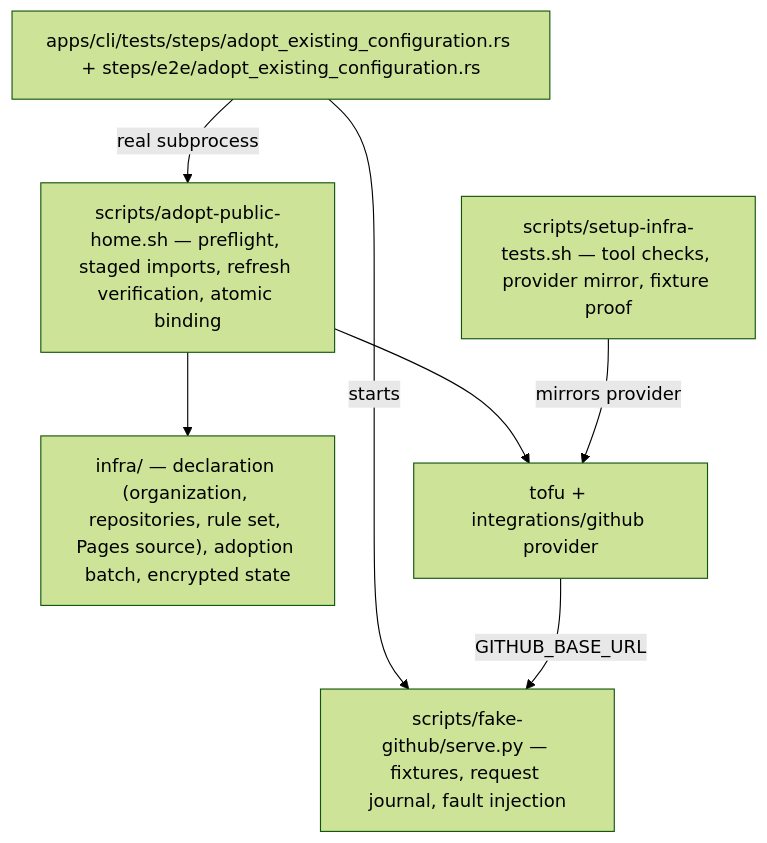
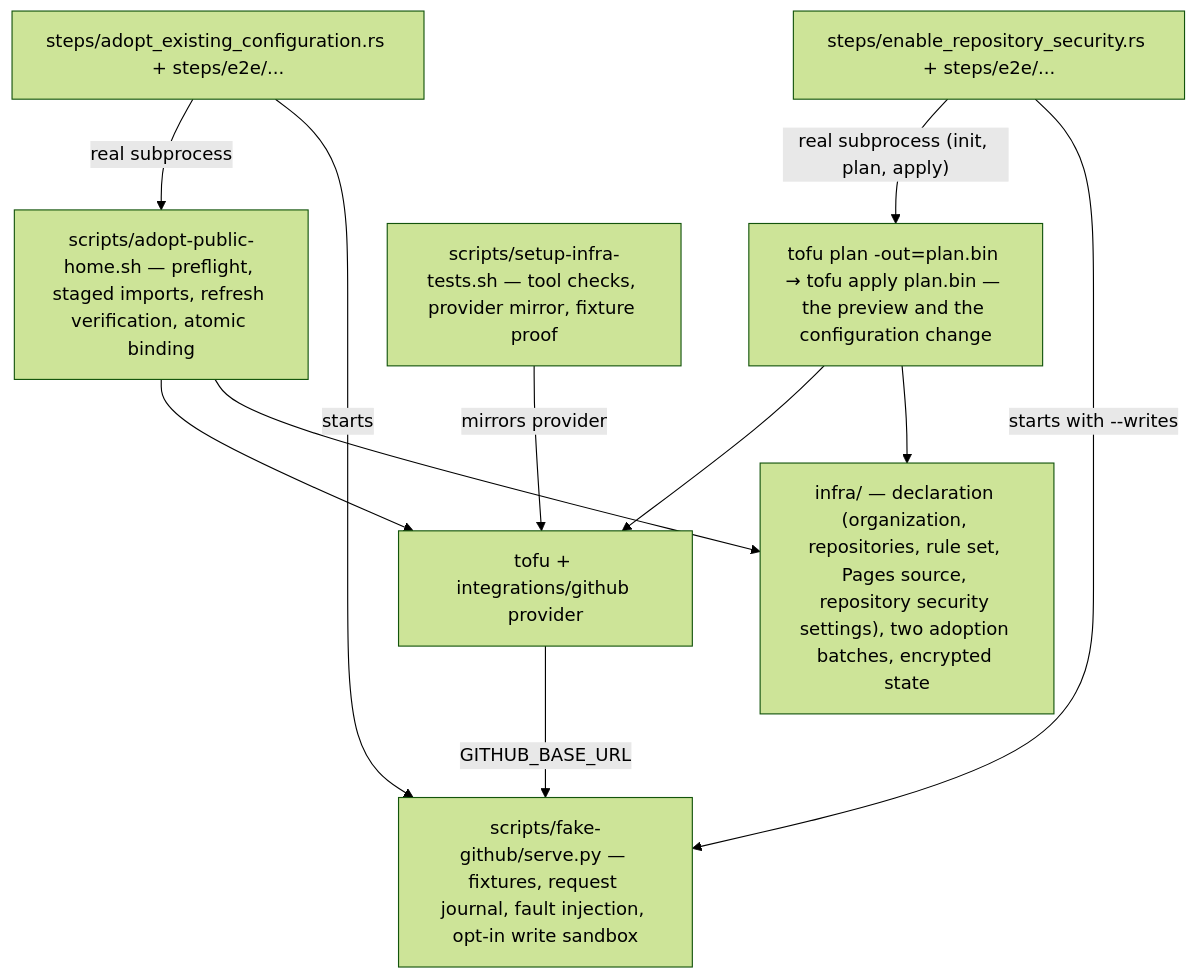
Before and after one commit to duty2cal/duty2cal: the third of 3 diagrams in docs/arc42/05-building-block-view.md, drawn with Mermaid (forest theme). The commit also changed other lines of this file and 32 other files, not shown here.

Commit message:
docs(enable-repository-security): plan and review the security change

````diff
--- a/docs/arc42/05-building-block-view.md
+++ b/docs/arc42/05-building-block-view.md
@@ -68,15 +68,21 @@
 ```mermaid
 flowchart TB
-  DECL["infra/ — declaration (organization, repositories, rule set, Pages source), adoption batch, encrypted state"]
+  DECL["infra/ — declaration (organization, repositories, rule set, Pages source, repository security settings), two adoption batches, encrypted state"]
   ADOPT["scripts/adopt-public-home.sh — preflight, staged imports, refresh verification, atomic binding"]
+  APPLY["tofu plan -out=plan.bin → tofu apply plan.bin — the preview and the configuration change"]
   SETUP["scripts/setup-infra-tests.sh — tool checks, provider mirror, fixture proof"]
-  FAKE["scripts/fake-github/serve.py — fixtures, request journal, fault injection"]
-  STEPS5["apps/cli/tests/steps/adopt_existing_configuration.rs + steps/e2e/adopt_existing_configuration.rs"]
+  FAKE["scripts/fake-github/serve.py — fixtures, request journal, fault injection, opt-in write sandbox"]
+  STEPS5["steps/adopt_existing_configuration.rs + steps/e2e/..."]
+  STEPS6["steps/enable_repository_security.rs + steps/e2e/..."]
   TOFU5["tofu + integrations/github provider"]
   ADOPT --> TOFU5
+  APPLY --> TOFU5
   ADOPT --> DECL
+  APPLY --> DECL
   STEPS5 -->|real subprocess| ADOPT
+  STEPS6 -->|"real subprocess (init, plan, apply)"| APPLY
   STEPS5 -->|starts| FAKE
+  STEPS6 -->|"starts with --writes"| FAKE
   TOFU5 -->|"GITHUB_BASE_URL"| FAKE
   SETUP -->|mirrors provider| TOFU5
 ```
````
